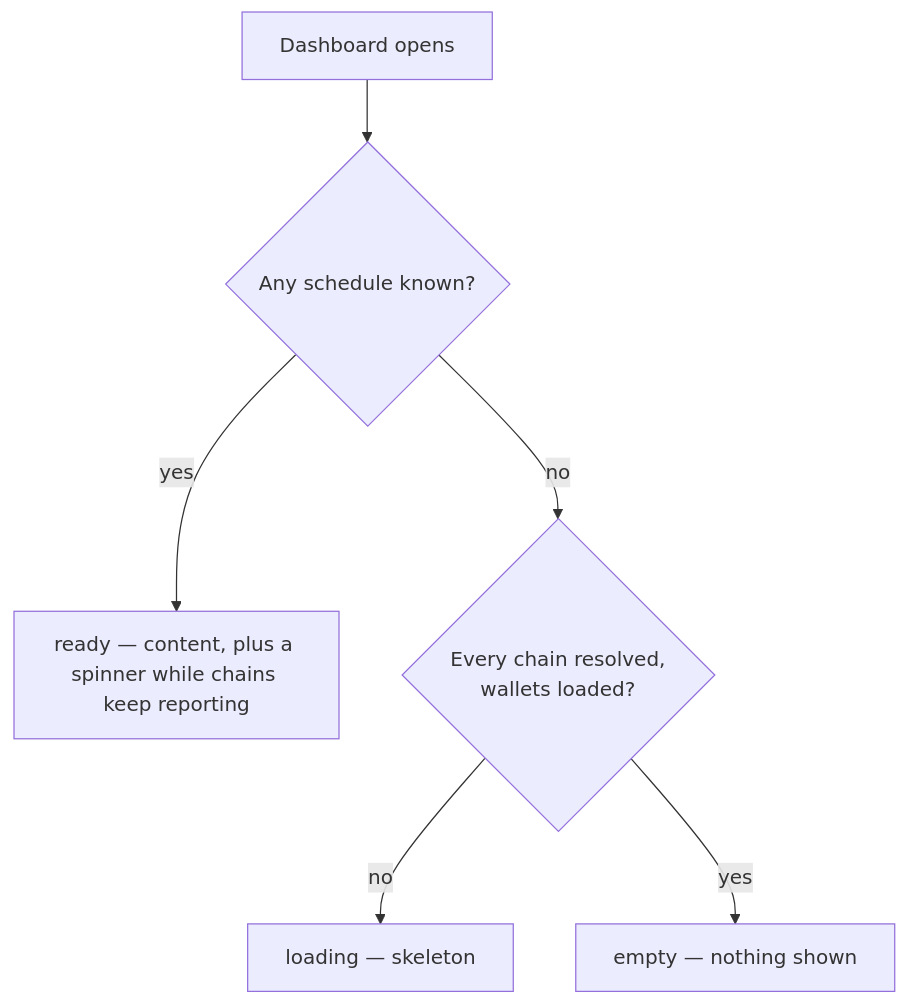
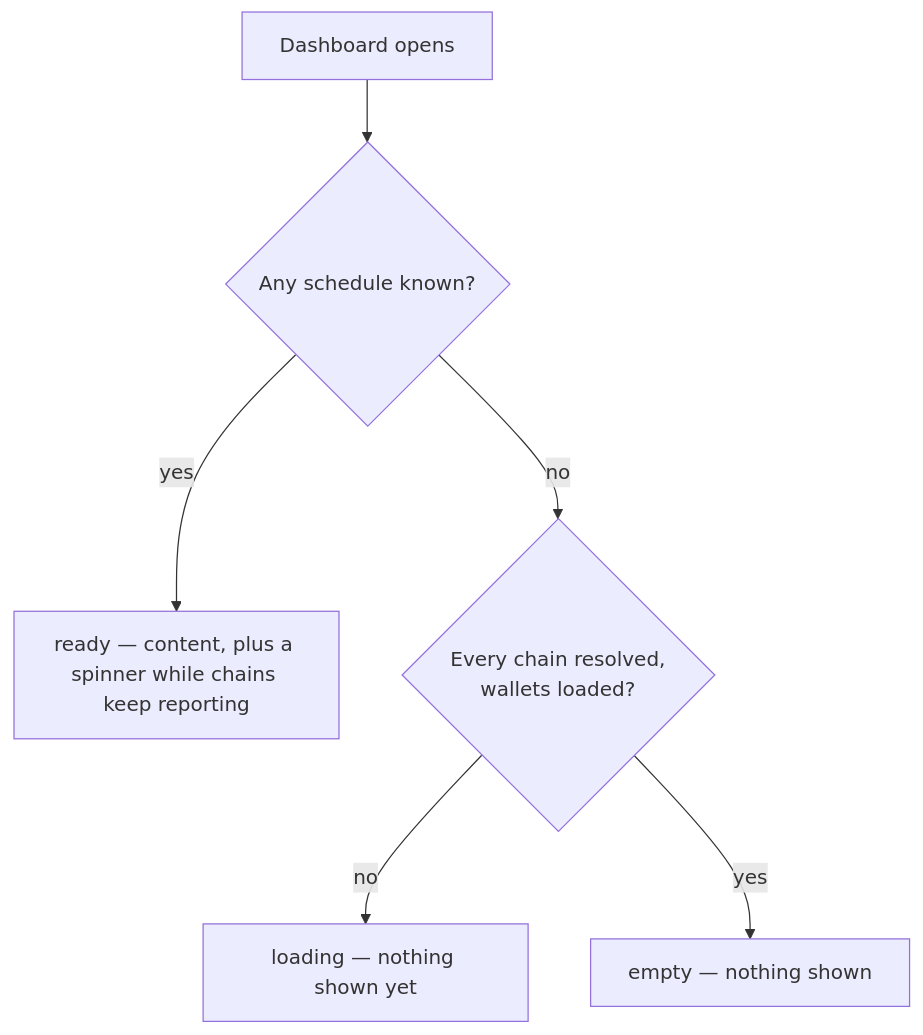
Before and after one commit to novasamatech/nova-spektr: the diagram in src/renderer/aggregates/vesting-portfolio/README.md, drawn with Mermaid. The commit also changed other lines of this file and 5 other files, not shown here.

````diff
--- a/src/renderer/aggregates/vesting-portfolio/README.md
+++ b/src/renderer/aggregates/vesting-portfolio/README.md
@@ -62,8 +63,8 @@
 ```mermaid
 flowchart TD
     START["Dashboard opens"] --> Q1{"Any schedule known?"}
     Q1 -- "yes" --> READY["ready — content, plus a spinner while chains keep reporting"]
     Q1 -- "no" --> Q2{"Every chain resolved,<br/>wallets loaded?"}
-    Q2 -- "no" --> LOAD["loading — skeleton"]
+    Q2 -- "no" --> LOAD["loading — nothing shown yet"]
     Q2 -- "yes" --> EMPTY["empty — nothing shown"]
 ```
````
